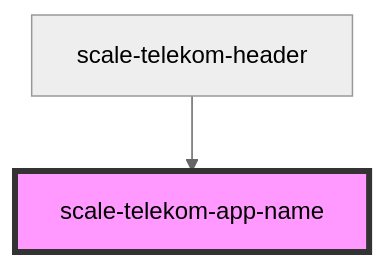
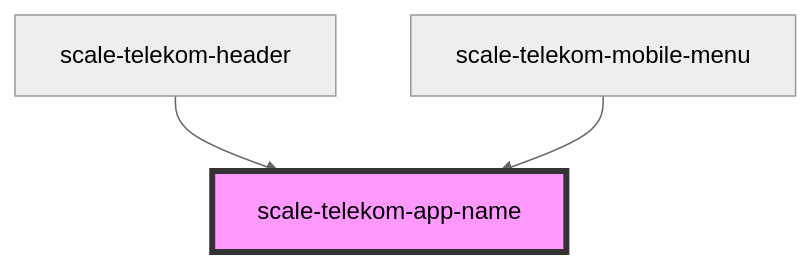
The diagram in packages/components/src/components/telekom/telekom-app-name/readme.md (telekom/scale), drawn with Mermaid (neutral theme) before and after one commit. The commit also changed other lines of this file and 9 other files, not shown here.

````diff
--- a/packages/components/src/components/telekom/telekom-app-name/readme.md
+++ b/packages/components/src/components/telekom/telekom-app-name/readme.md
@@ -15,5 +16,6 @@
 ```mermaid
 graph TD;
   scale-telekom-header --> scale-telekom-app-name
+  scale-telekom-mobile-menu --> scale-telekom-app-name
   style scale-telekom-app-name fill:#f9f,stroke:#333,stroke-width:4px
 ```
````
